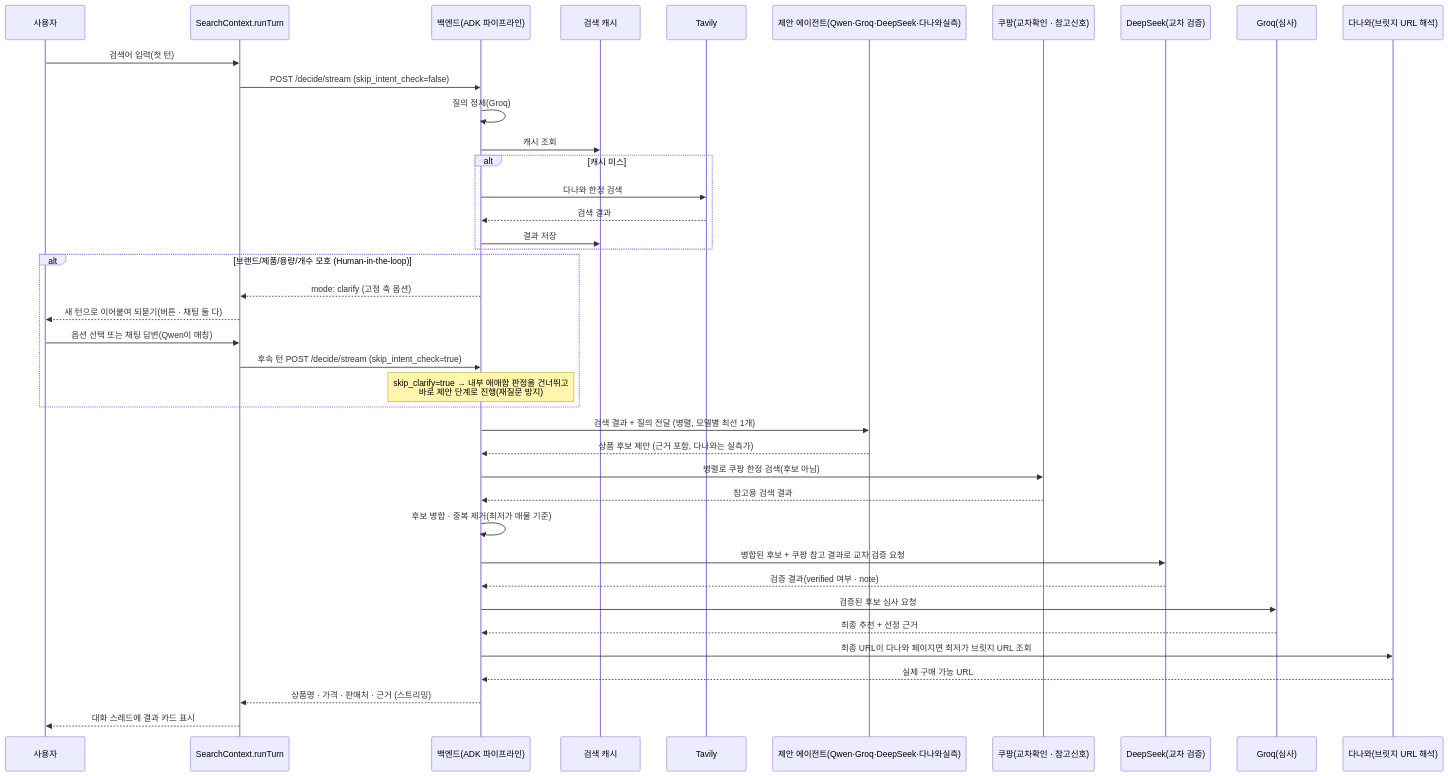
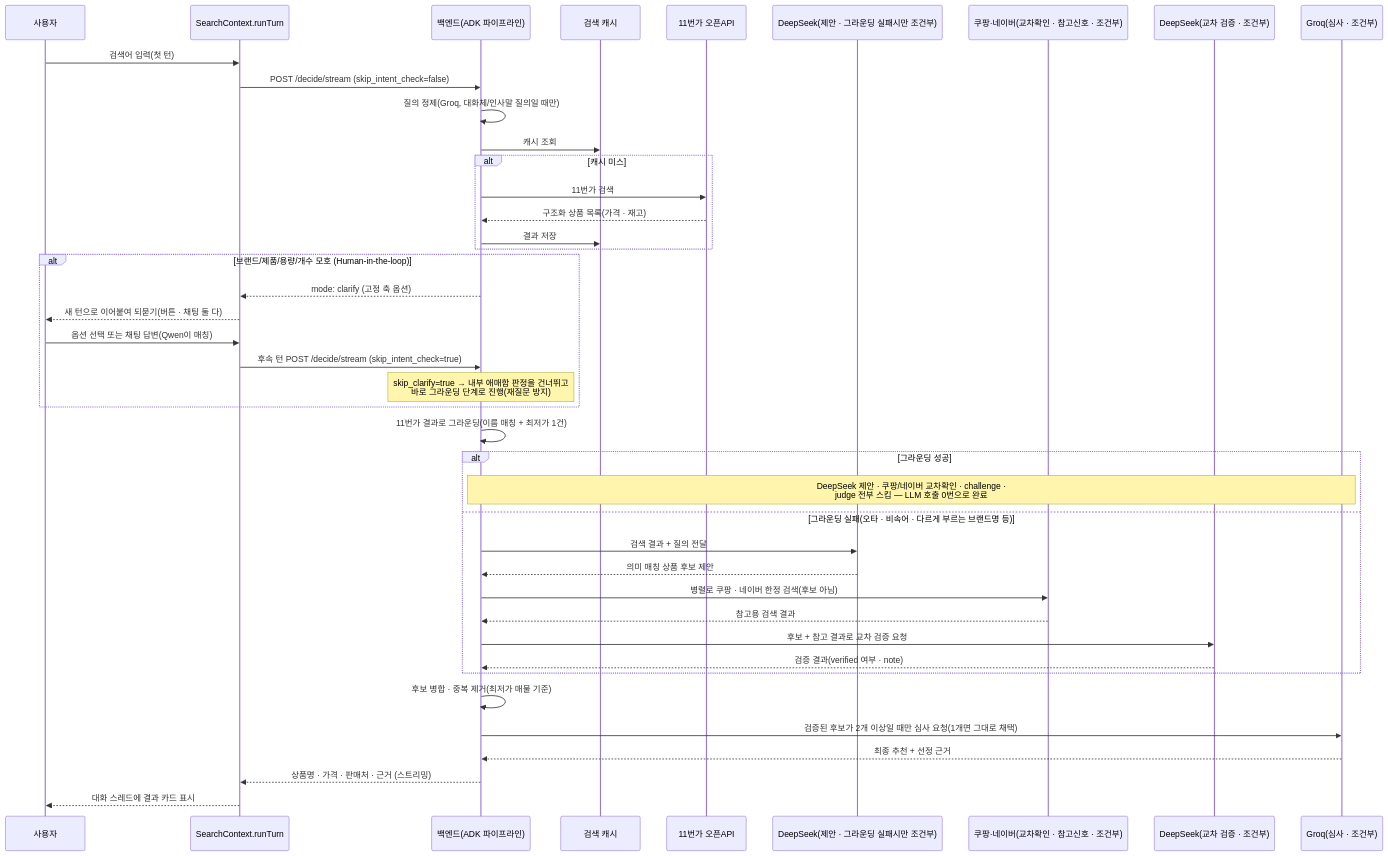
One commit to Alpha-pick00/Prototype-1- changed the second of 3 diagrams in README.md. Above: the diagram before and after it, drawn with Mermaid. The commit also changed other lines of this file and 7 other files, not shown here.

````diff
--- a/README.md
+++ b/README.md
@@ -243,43 +252,45 @@
 ```mermaid
 sequenceDiagram
     participant U as 사용자
     participant CTX as SearchContext.runTurn
     participant B as 백엔드(ADK 파이프라인)
     participant Cache as 검색 캐시
-    participant T as Tavily
-    participant P as 제안 에이전트(Qwen·Groq·DeepSeek·다나와실측)
-    participant CP as 쿠팡(교차확인 · 참고신호)
-    participant D as DeepSeek(교차 검증)
-    participant J as Groq(심사)
-    participant DW as 다나와(브릿지 URL 해석)
+    participant E as 11번가 오픈API
+    participant P as DeepSeek(제안 · 그라운딩 실패시만 조건부)
+    participant CP as 쿠팡·네이버(교차확인 · 참고신호 · 조건부)
+    participant D as DeepSeek(교차 검증 · 조건부)
+    participant J as Groq(심사 · 조건부)
 
     U->>CTX: 검색어 입력(첫 턴)
     CTX->>B: POST /decide/stream (skip_intent_check=false)
-    B->>B: 질의 정제(Groq)
+    B->>B: 질의 정제(Groq, 대화체/인사말 질의일 때만)
     B->>Cache: 캐시 조회
     alt 캐시 미스
-        B->>T: 다나와 한정 검색
-        T-->>B: 검색 결과
+        B->>E: 11번가 검색
+        E-->>B: 구조화 상품 목록(가격 · 재고)
         B->>Cache: 결과 저장
     end
     alt 브랜드/제품/용량/개수 모호 (Human-in-the-loop)
         B-->>CTX: mode: clarify (고정 축 옵션)
         CTX-->>U: 새 턴으로 이어붙여 되묻기(버튼 · 채팅 둘 다)
         U->>CTX: 옵션 선택 또는 채팅 답변(Qwen이 매칭)
         CTX->>B: 후속 턴 POST /decide/stream (skip_intent_check=true)
-        Note over B: skip_clarify=true → 내부 애매함 판정을 건너뛰고<br/>바로 제안 단계로 진행(재질문 방지)
+        Note over B: skip_clarify=true → 내부 애매함 판정을 건너뛰고<br/>바로 그라운딩 단계로 진행(재질문 방지)
     end
-    B->>P: 검색 결과 + 질의 전달 (병렬, 모델별 최선 1개)
-    P-->>B: 상품 후보 제안 (근거 포함, 다나와는 실측가)
-    B->>CP: 병렬로 쿠팡 한정 검색(후보 아님)
-    CP-->>B: 참고용 검색 결과
+    B->>B: 11번가 결과로 그라운딩(이름 매칭 + 최저가 1건)
+    alt 그라운딩 성공
+        Note over B,J: DeepSeek 제안 · 쿠팡/네이버 교차확인 · challenge ·<br/>judge 전부 스킵 — LLM 호출 0번으로 완료
+    else 그라운딩 실패(오타 · 비속어 · 다르게 부르는 브랜드명 등)
+        B->>P: 검색 결과 + 질의 전달
+        P-->>B: 의미 매칭 상품 후보 제안
+        B->>CP: 병렬로 쿠팡 · 네이버 한정 검색(후보 아님)
+        CP-->>B: 참고용 검색 결과
+        B->>D: 후보 + 참고 결과로 교차 검증 요청
+        D-->>B: 검증 결과(verified 여부 · note)
+    end
     B->>B: 후보 병합 · 중복 제거(최저가 매물 기준)
-    B->>D: 병합된 후보 + 쿠팡 참고 결과로 교차 검증 요청
-    D-->>B: 검증 결과(verified 여부 · note)
-    B->>J: 검증된 후보 심사 요청
+    B->>J: 검증된 후보가 2개 이상일 때만 심사 요청(1개면 그대로 채택)
     J-->>B: 최종 추천 + 선정 근거
-    B->>DW: 최종 URL이 다나와 페이지면 최저가 브릿지 URL 조회
-    DW-->>B: 실제 구매 가능 URL
     B-->>CTX: 상품명 · 가격 · 판매처 · 근거 (스트리밍)
     CTX-->>U: 대화 스레드에 결과 카드 표시
 ```
````
